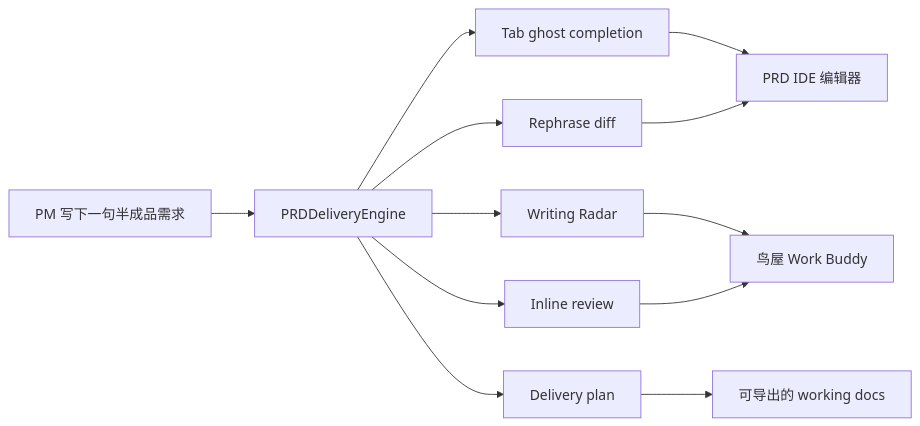
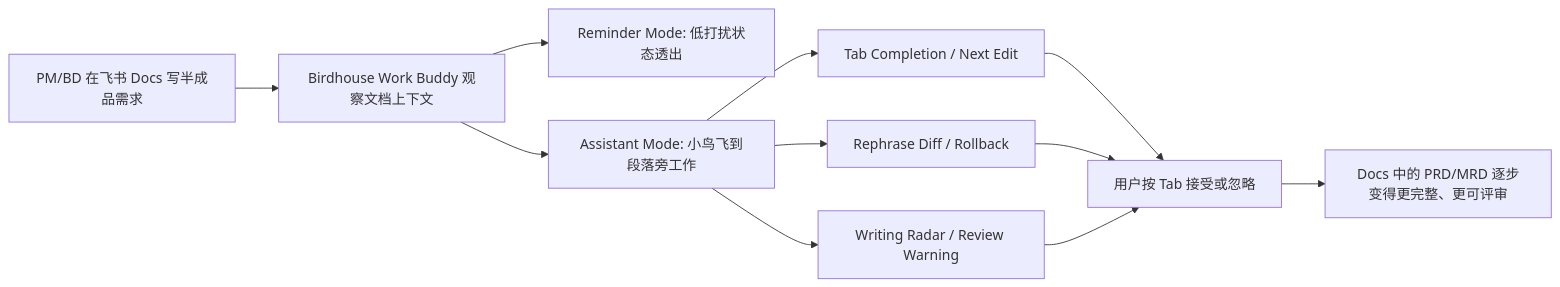
The diagram in README.md (ShenXiexs/ETF-Monitoring-Agent), drawn with Mermaid before and after one commit. The commit also changed other lines of this file and 2 other files, not shown here.

Commit message:
feat: 重构飞书 Docs as IDE MVP 演示

````diff
--- a/README.md
+++ b/README.md
@@ -48,14 +58,13 @@
 ```mermaid
 flowchart LR
-    A["PM 写下一句半成品需求"] --> B["PRDDeliveryEngine"]
-    B --> C["Tab ghost completion"]
-    B --> D["Rephrase diff"]
-    B --> E["Writing Radar"]
-    B --> F["Inline review"]
-    B --> G["Delivery plan"]
-    C --> H["PRD IDE 编辑器"]
-    D --> H
-    E --> I["鸟屋 Work Buddy"]
-    F --> I
-    G --> J["可导出的 working docs"]
+    A["PM/BD 在飞书 Docs 写半成品需求"] --> B["Birdhouse Work Buddy 观察文档上下文"]
+    B --> C["Reminder Mode: 低打扰状态透出"]
+    B --> D["Assistant Mode: 小鸟飞到段落旁工作"]
+    D --> E["Tab Completion / Next Edit"]
+    D --> F["Rephrase Diff / Rollback"]
+    D --> G["Writing Radar / Review Warning"]
+    E --> H["用户按 Tab 接受或忽略"]
+    F --> H
+    G --> H
+    H --> I["Docs 中的 PRD/MRD 逐步变得更完整、更可评审"]
 ```
````
